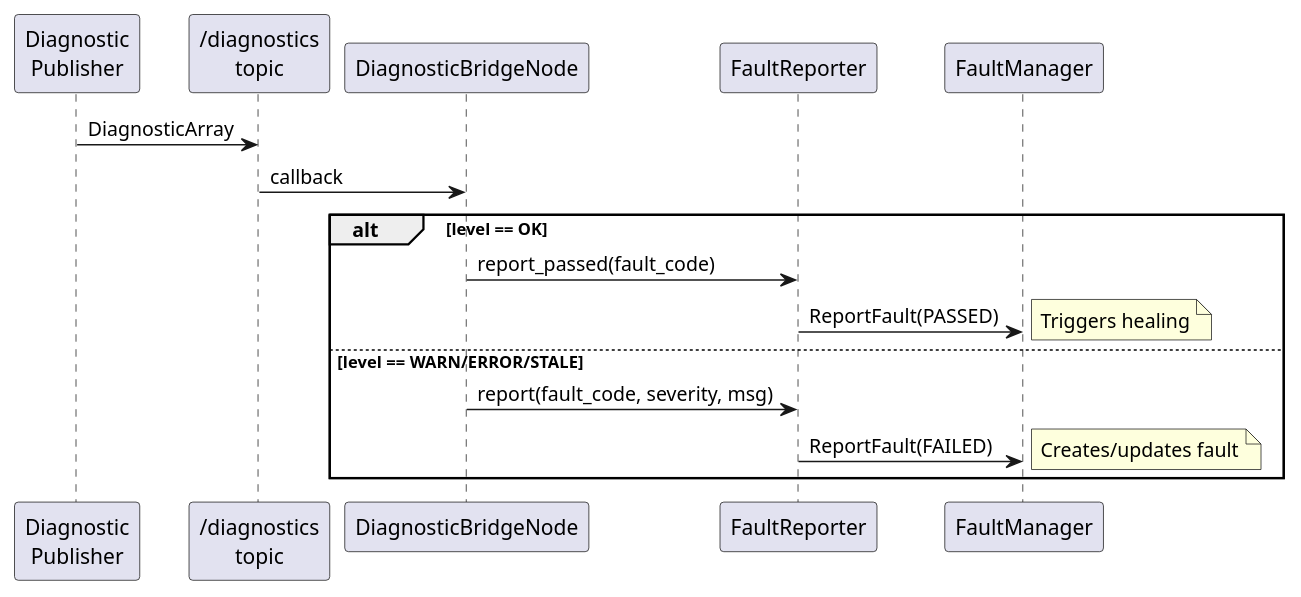
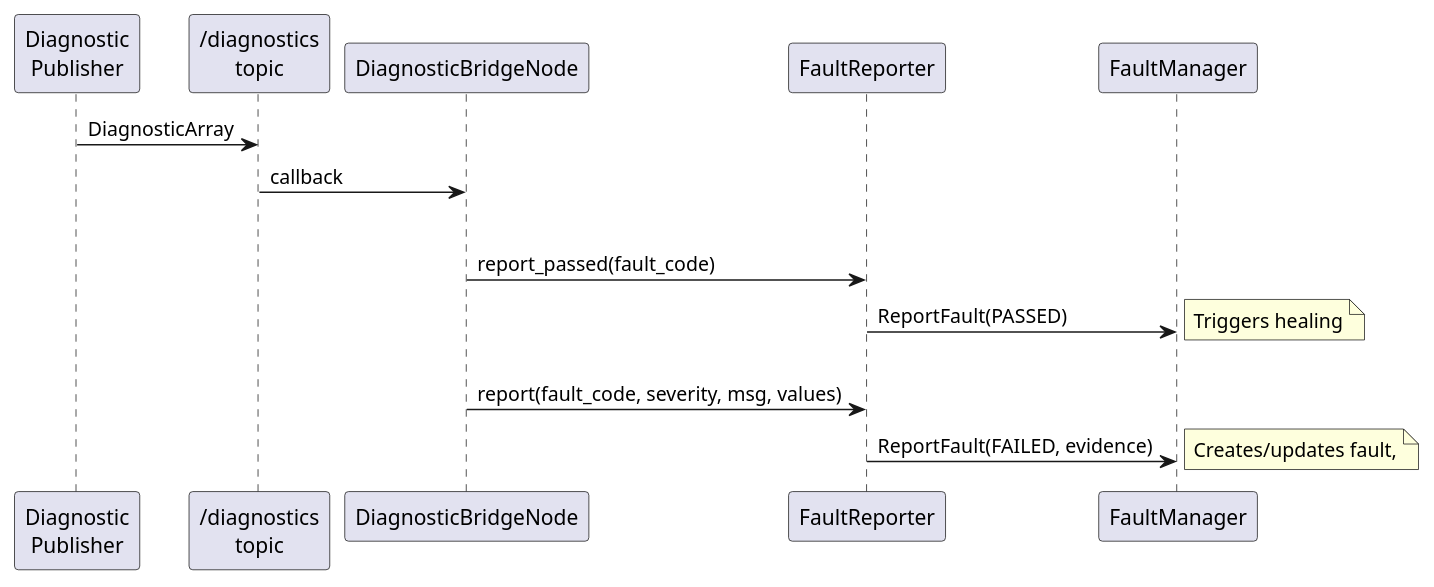
Before and after one commit to selfpatch/ros2_medkit: the second of 2 diagrams in src/ros2_medkit_diagnostic_bridge/design/index.rst, drawn with PlantUML. The commit also changed other lines of this file and 18 other files, not shown here.

First line of the commit message:
fix(fault_manager): address review on reported evidence and STALE severity

```diff
--- a/src/ros2_medkit_diagnostic_bridge/design/index.rst
+++ b/src/ros2_medkit_diagnostic_bridge/design/index.rst
@@ -86,25 +90,22 @@
 .. plantuml::
    :caption: Diagnostic Bridge Data Flow
 
    @startuml diagnostic_bridge_flow
 
    participant "Diagnostic\nPublisher" as Pub
    participant "/diagnostics\ntopic" as Topic
    participant "DiagnosticBridgeNode" as Bridge
    participant "FaultReporter" as Reporter
    participant "FaultManager" as FM
 
    Pub -> Topic : DiagnosticArray
    Topic -> Bridge : callback
 
    alt level == OK
        Bridge -> Reporter : report_passed(fault_code)
        Reporter -> FM : ReportFault(PASSED)
        note right: Triggers healing
    else level == WARN/ERROR/STALE
-       Bridge -> Reporter : report(fault_code, severity, msg)
-       Reporter -> FM : ReportFault(FAILED)
-       note right: Creates/updates fault
-   end
-
-   @enduml
+       Bridge -> Reporter : report(fault_code, severity, msg, values)
+       Reporter -> FM : ReportFault(FAILED, evidence)
+       note right: Creates/updates fault,
```
